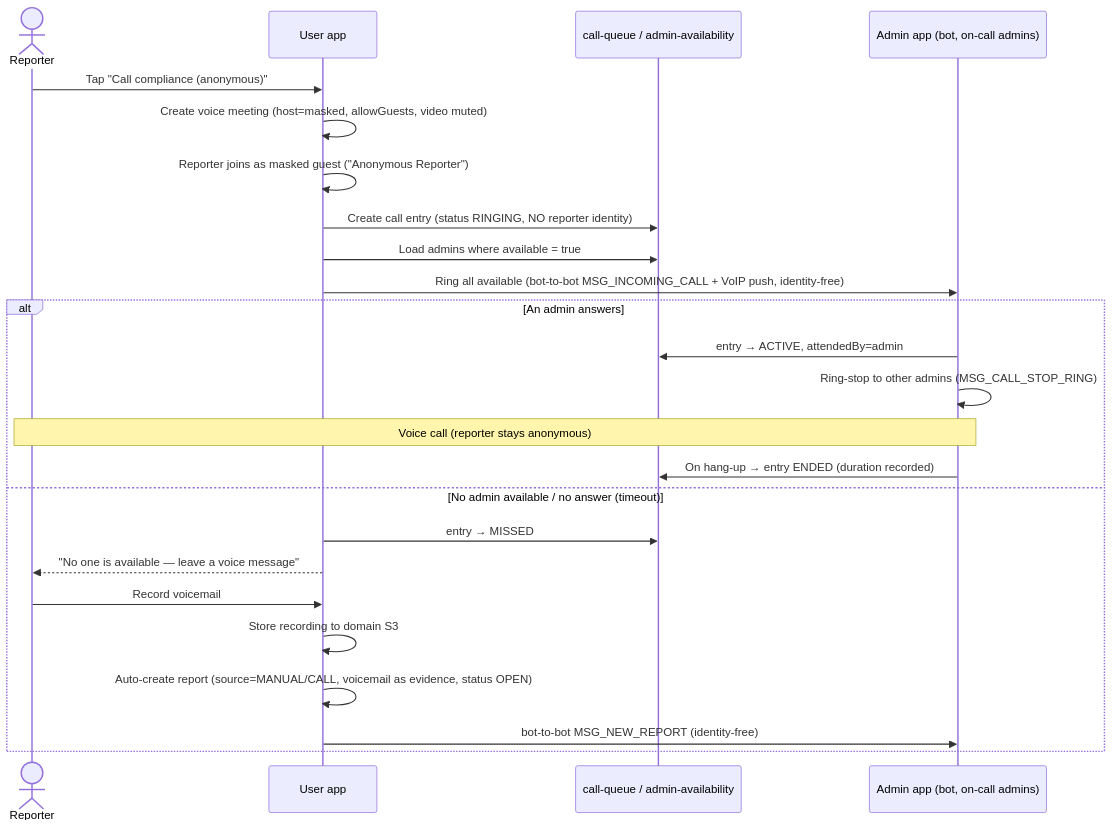
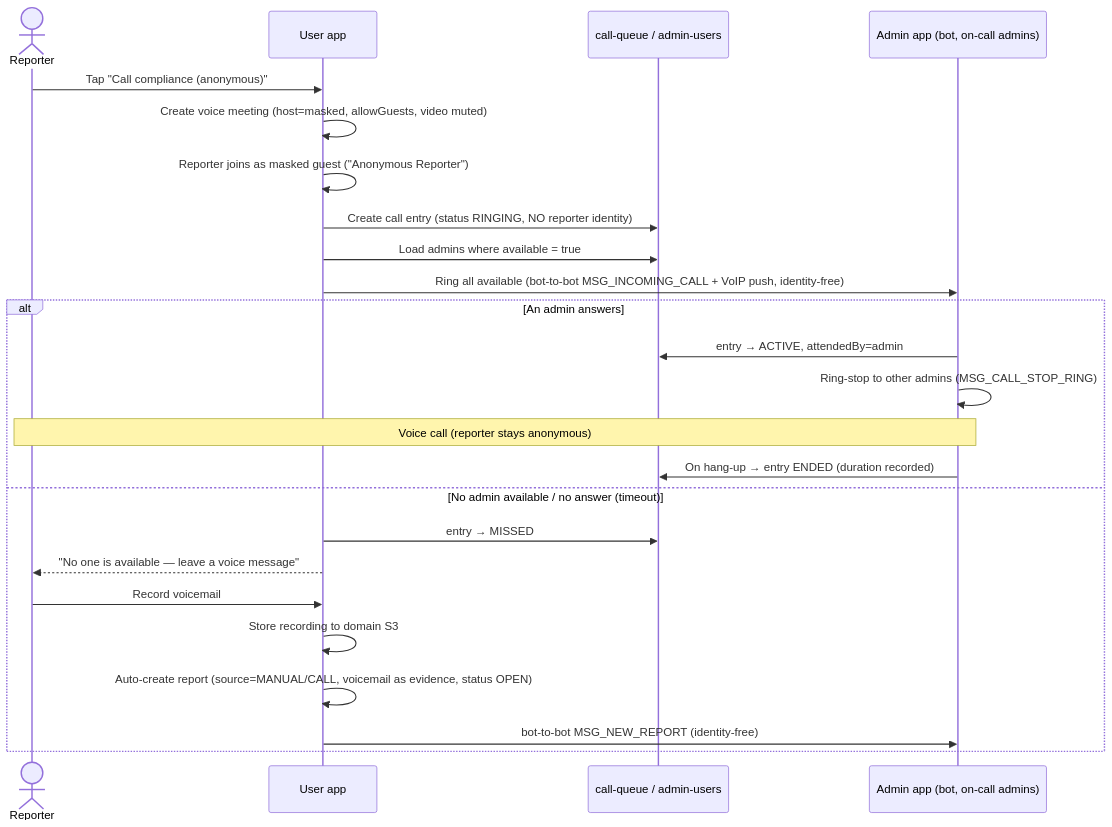
The eighth of 8 diagrams in REQUIREMENTS.md (satyajakkampudi-dev/anonymous-reporting-system), drawn with Mermaid before and after one commit. The commit also changed other lines of this file and 6 other files, not shown here.

````diff
--- a/REQUIREMENTS.md
+++ b/REQUIREMENTS.md
@@ -387,26 +387,26 @@
 ```mermaid
 sequenceDiagram
     actor R as Reporter
     participant U as User app
-    participant Q as call-queue / admin-availability
+    participant Q as call-queue / admin-users
     participant A as Admin app (bot, on-call admins)
     R->>U: Tap "Call compliance (anonymous)"
     U->>U: Create voice meeting (host=masked, allowGuests, video muted)
     U->>U: Reporter joins as masked guest ("Anonymous Reporter")
     U->>Q: Create call entry (status RINGING, NO reporter identity)
     U->>Q: Load admins where available = true
     U->>A: Ring all available (bot-to-bot MSG_INCOMING_CALL + VoIP push, identity-free)
     alt An admin answers
         A->>Q: entry → ACTIVE, attendedBy=admin
         A->>A: Ring-stop to other admins (MSG_CALL_STOP_RING)
         Note over R,A: Voice call (reporter stays anonymous)
         A->>Q: On hang-up → entry ENDED (duration recorded)
     else No admin available / no answer (timeout)
         U->>Q: entry → MISSED
         U-->>R: "No one is available — leave a voice message"
         R->>U: Record voicemail
         U->>U: Store recording to domain S3
         U->>U: Auto-create report (source=MANUAL/CALL, voicemail as evidence, status OPEN)
         U->>A: bot-to-bot MSG_NEW_REPORT (identity-free)
     end
 ```
````
